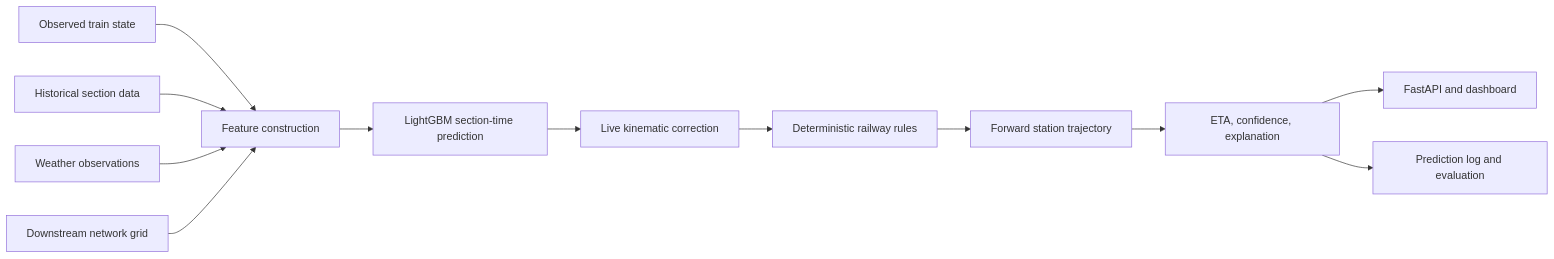
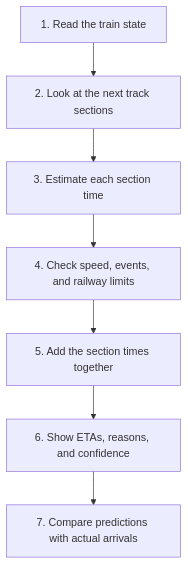
One commit to ShresthSingh01/ETA changed the second of 5 diagrams in README.md. Above: the diagram before and after it, drawn with Mermaid. The commit also changed other lines of this file, not shown here.

````diff
--- a/README.md
+++ b/README.md
@@ -59,14 +61,9 @@
 ```mermaid
-flowchart LR
-    A[Observed train state] --> B[Feature construction]
-    H[Historical section data] --> B
-    W[Weather observations] --> B
-    N[Downstream network grid] --> B
-    B --> C[LightGBM section-time prediction]
-    C --> D[Live kinematic correction]
-    D --> E[Deterministic railway rules]
-    E --> F[Forward station trajectory]
-    F --> G[ETA, confidence, explanation]
-    G --> I[FastAPI and dashboard]
-    G --> J[Prediction log and evaluation]
+flowchart TD
+    A[1. Read the train state] --> B[2. Look at the next track sections]
+    B --> C[3. Estimate each section time]
+    C --> D[4. Check speed, events, and railway limits]
+    D --> E[5. Add the section times together]
+    E --> F[6. Show ETAs, reasons, and confidence]
+    F --> G[7. Compare predictions with actual arrivals]
 ```
````
